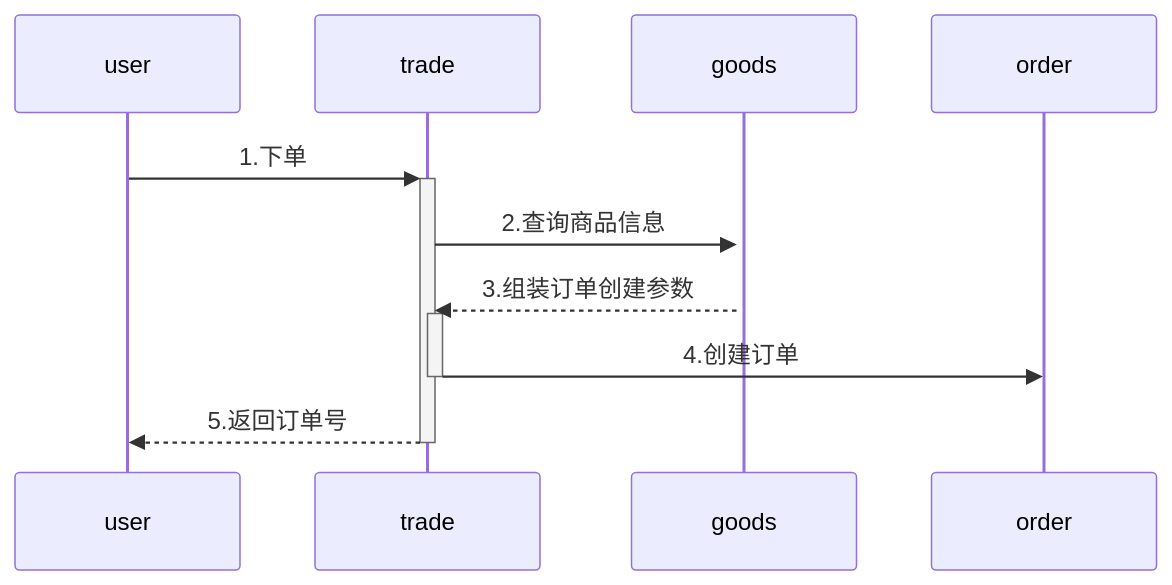
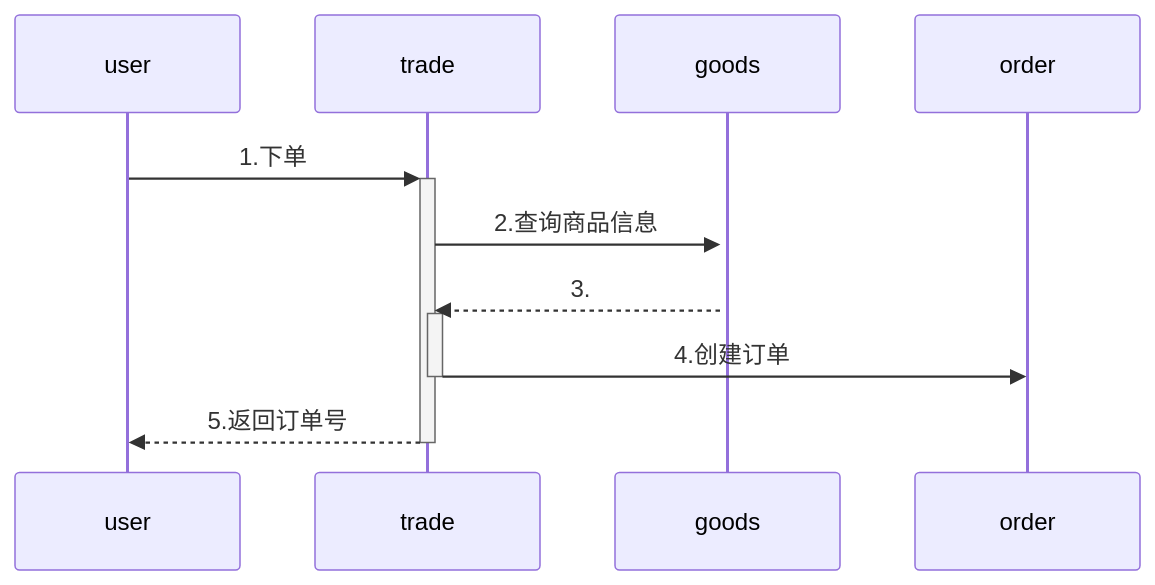
Before and after one commit to yingjianzh/iodraw-files: the diagram in all/未命名-6.md, drawn with Mermaid.

Commit message:
2024-08-19 15:20:11 update

````diff
--- a/all/未命名-6.md
+++ b/all/未命名-6.md
@@ -1,8 +1,8 @@
 ```mermaid
 sequenceDiagram
     user->>+trade: 1.下单
     trade->>+goods: 2.查询商品信息
-    goods-->>+trade: 3.组装订单创建参数
+    goods-->>+trade: 3.
     trade->>-order: 4.创建订单
     trade-->>-user: 5.返回订单号
 ```
````
